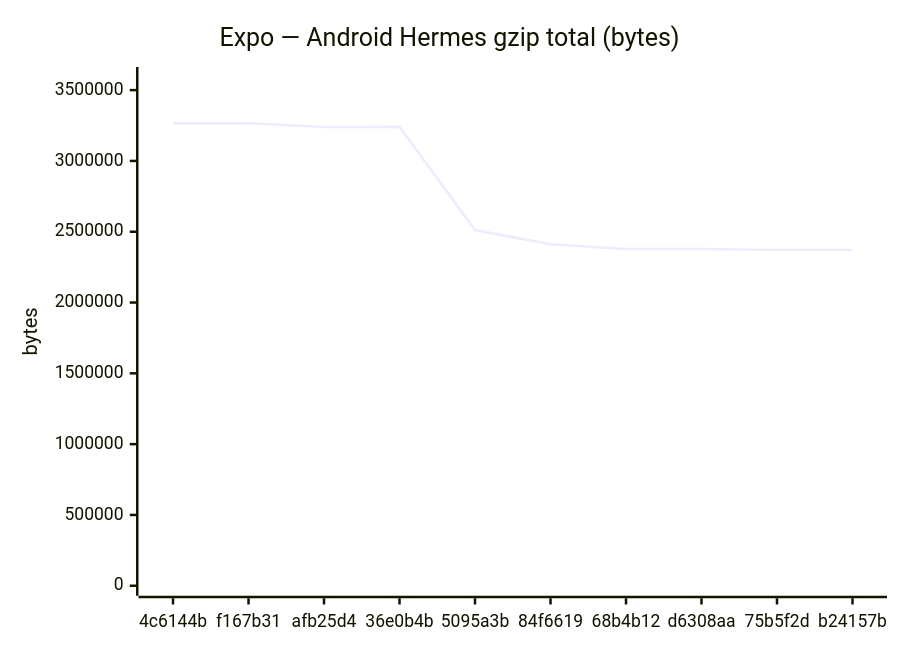
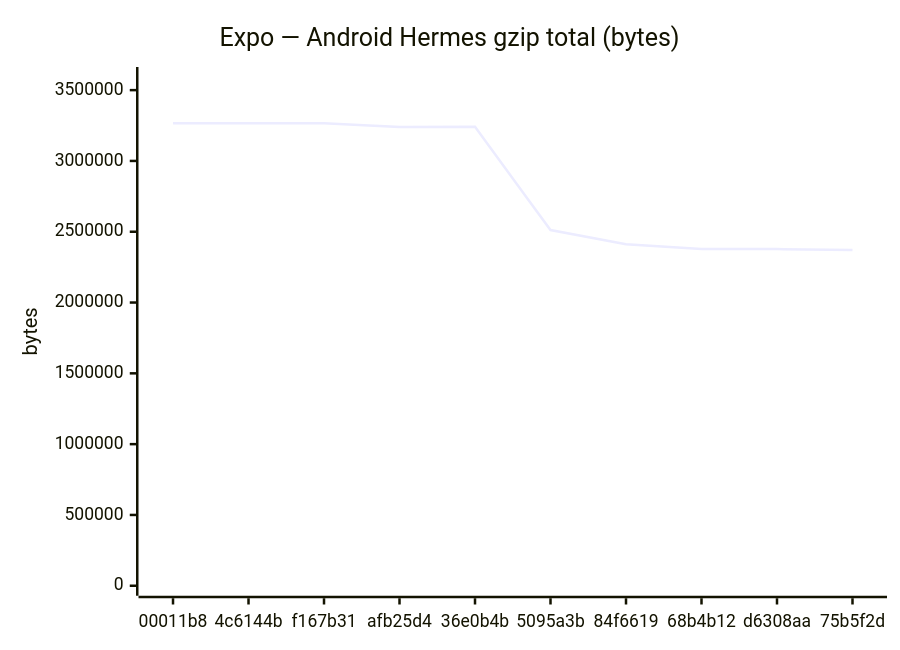
Before and after one commit to Metaheurist/Rianell: the fifth of 18 diagrams in benchmarks/compare.md, drawn with Mermaid. The commit also changed other lines of this file and 11 other files, not shown here.

````diff
--- a/benchmarks/compare.md
+++ b/benchmarks/compare.md
@@ -89,7 +89,7 @@
 ```mermaid
 xychart-beta
     title "Expo — Android Hermes gzip total (bytes)"
-    x-axis ["4c6144b", "f167b31", "afb25d4", "36e0b4b", "5095a3b", "84f6619", "68b4b12", "d6308aa", "75b5f2d", "b24157b"]
-    y-axis "bytes" 0 --> 3592703
-    line [3266092, 3266093, 3239886, 3240548, 2511667, 2411913, 2377489, 2377488, 2370632, 2370632]
+    x-axis ["00011b8", "4c6144b", "f167b31", "afb25d4", "36e0b4b", "5095a3b", "84f6619", "68b4b12", "d6308aa", "75b5f2d"]
+    y-axis "bytes" 0 --> 3592704
+    line [3266094, 3266092, 3266093, 3239886, 3240548, 2511667, 2411913, 2377489, 2377488, 2370632]
 ```
````
